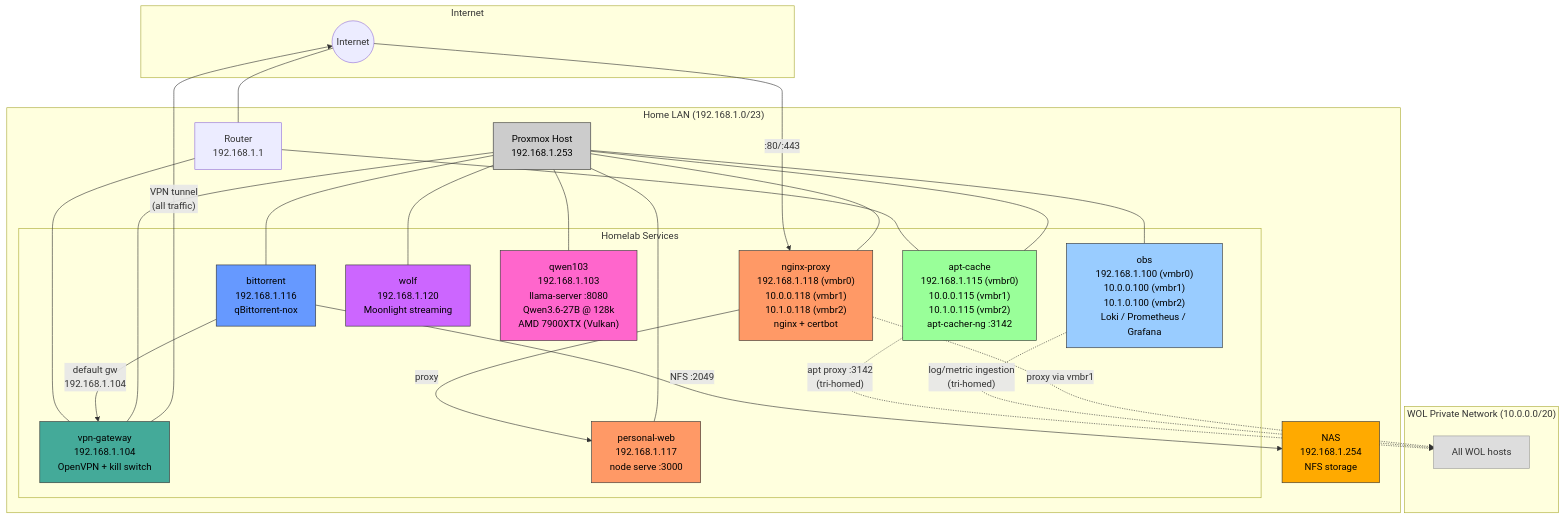
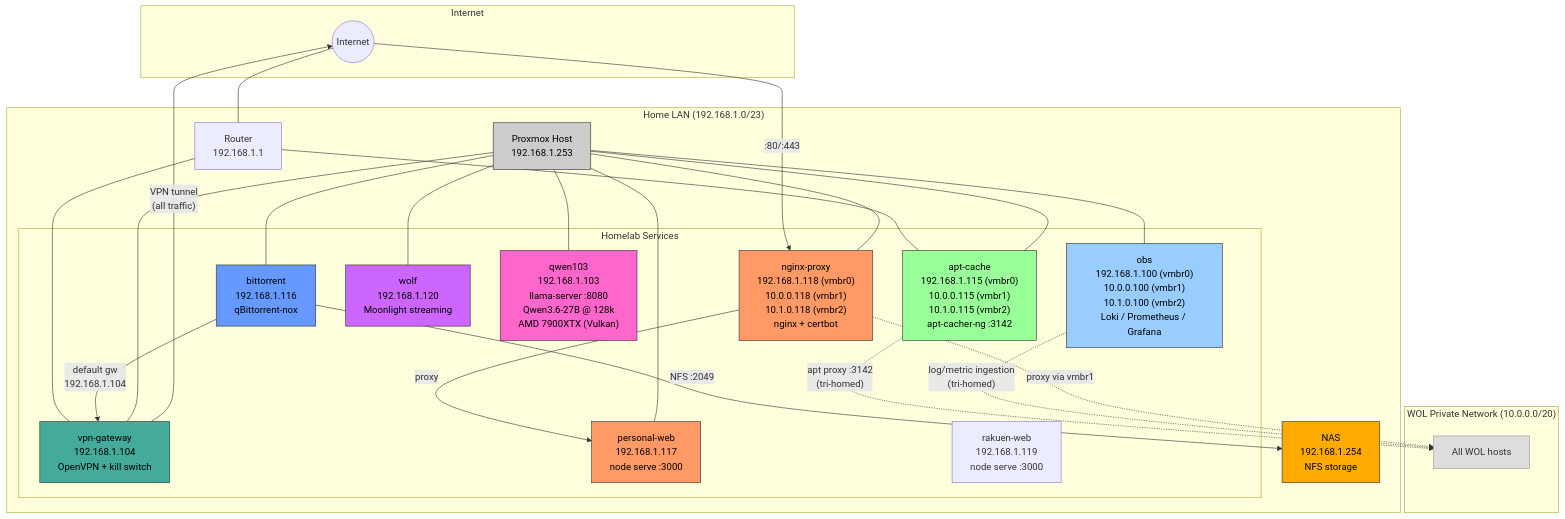
One commit to JBailes/infrastructure changed the first of 2 diagrams in homelab/diagrams.md. Above: the diagram before and after it, drawn with Mermaid. The commit also changed other lines of this file and 4 other files, not shown here.

````diff
--- a/homelab/diagrams.md
+++ b/homelab/diagrams.md
@@ -9,60 +9,61 @@
 ```mermaid
 graph TB
     subgraph Internet
         INET((Internet))
     end
 
     subgraph LAN["Home LAN (192.168.1.0/23)"]
         ROUTER["Router<br/>192.168.1.1"]
 
         subgraph HOMELAB["Homelab Services"]
             APTCACHE["apt-cache<br/>192.168.1.115 (vmbr0)<br/>10.0.0.115 (vmbr1)<br/>10.1.0.115 (vmbr2)<br/>apt-cacher-ng :3142"]
             OBS["obs<br/>192.168.1.100 (vmbr0)<br/>10.0.0.100 (vmbr1)<br/>10.1.0.100 (vmbr2)<br/>Loki / Prometheus / Grafana"]
             VPN["vpn-gateway<br/>192.168.1.104<br/>OpenVPN + kill switch"]
             BT["bittorrent<br/>192.168.1.116<br/>qBittorrent-nox"]
             NGINX["nginx-proxy<br/>192.168.1.118 (vmbr0)<br/>10.0.0.118 (vmbr1)<br/>10.1.0.118 (vmbr2)<br/>nginx + certbot"]
             PWEB["personal-web<br/>192.168.1.117<br/>node serve :3000"]
+            RWEB["rakuen-web<br/>192.168.1.119<br/>node serve :3000"]
             WOLF["wolf<br/>192.168.1.120<br/>Moonlight streaming"]
             LLM["qwen103<br/>192.168.1.103<br/>llama-server :8080<br/>Qwen3.6-27B @ 128k<br/>AMD 7900XTX (Vulkan)"]
         end
 
         NAS["NAS<br/>192.168.1.254<br/>NFS storage"]
         PVE["Proxmox Host<br/>192.168.1.253"]
     end
 
     subgraph WOL["WOL Private Network (10.0.0.0/20)"]
         WOLHOSTS["All WOL hosts"]
     end
 
     INET --- ROUTER
     ROUTER --- VPN
     ROUTER --- APTCACHE
     VPN -->|"VPN tunnel<br/>(all traffic)"| INET
     BT -->|"default gw<br/>192.168.1.104"| VPN
     BT -->|"NFS :2049"| NAS
     APTCACHE -.->|"apt proxy :3142<br/>(tri-homed)"| WOLHOSTS
     OBS -.->|"log/metric ingestion<br/>(tri-homed)"| WOLHOSTS
     INET -->|":80/:443"| NGINX
     NGINX -->|"proxy"| PWEB
     NGINX -.->|"proxy via vmbr1"| WOLHOSTS
     PVE --- VPN
     PVE --- BT
     PVE --- APTCACHE
     PVE --- OBS
     PVE --- NGINX
     PVE --- PWEB
     PVE --- WOLF
     PVE --- LLM
 
     style APTCACHE fill:#9f9,stroke:#333,color:#000
     style OBS fill:#9cf,stroke:#333,color:#000
     style VPN fill:#4a9,stroke:#333,color:#000
     style BT fill:#69f,stroke:#333,color:#000
     style NGINX fill:#f96,stroke:#333,color:#000
     style PWEB fill:#f96,stroke:#333,color:#000
     style NAS fill:#fa0,stroke:#333,color:#000
     style PVE fill:#ccc,stroke:#333,color:#000
     style WOLHOSTS fill:#ddd,stroke:#999,color:#333
     style WOLF fill:#c6f,stroke:#333,color:#000
     style LLM fill:#f6c,stroke:#333,color:#000
 ```
````
